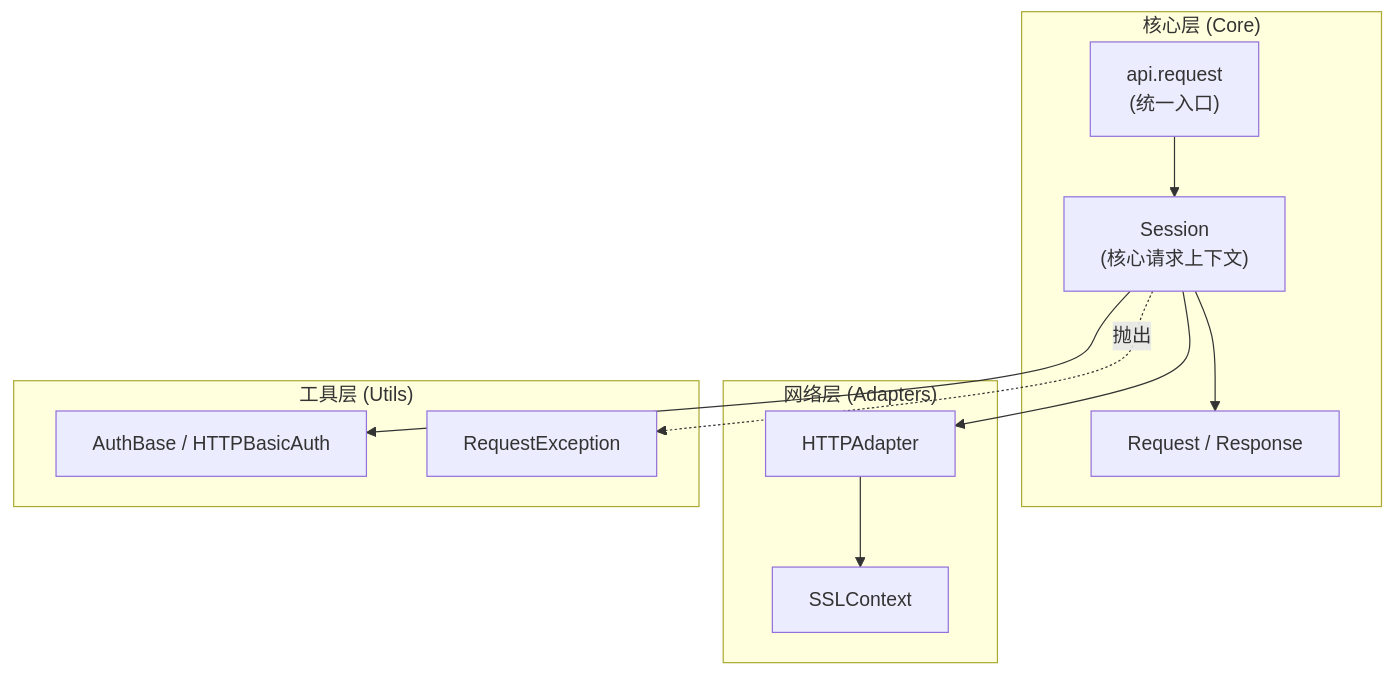
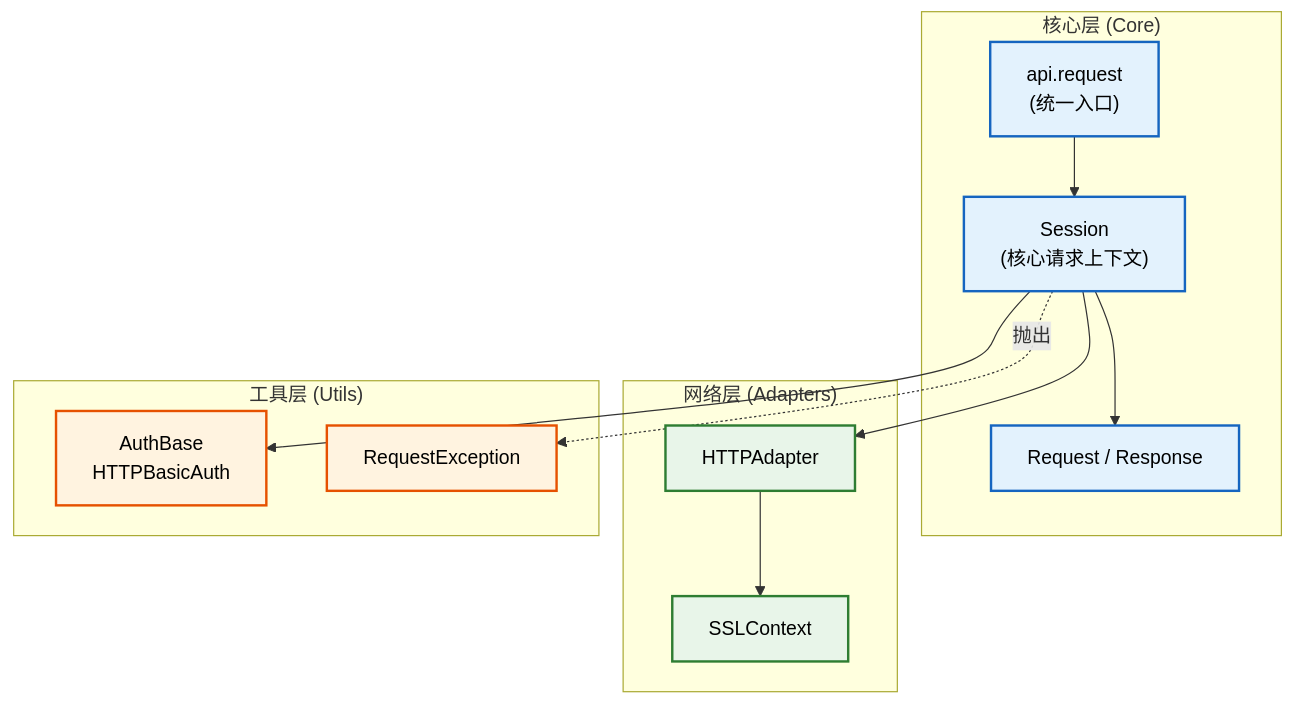
One commit to aliangmo2026/moray-scribe changed the diagram in README.md. Above: the diagram before and after it, drawn with Mermaid.

Commit message:
docs: style README architecture diagram with layer colors

````diff
--- a/README.md
+++ b/README.md
@@ -79,23 +79,31 @@
 ```mermaid
 flowchart TD
     subgraph Core["核心层 (Core)"]
-        Session["Session\n(核心请求上下文)"]
-        API["api.request\n(统一入口)"]
+        Session["Session<br/>(核心请求上下文)"]
+        API["api.request<br/>(统一入口)"]
         Models["Request / Response"]
     end
     subgraph Network["网络层 (Adapters)"]
         HTTPAdapter["HTTPAdapter"]
         SSL["SSLContext"]
     end
     subgraph Utils["工具层 (Utils)"]
-        Auth["AuthBase / HTTPBasicAuth"]
+        Auth["AuthBase<br/>HTTPBasicAuth"]
         Exceptions["RequestException"]
     end
 
     API --> Session
     Session --> HTTPAdapter
     Session --> Models
     HTTPAdapter --> SSL
     Session --> Auth
     Session -.->|抛出| Exceptions
+
+    classDef core fill:#e3f2fd,stroke:#1565c0,stroke-width:2px,color:#000
+    classDef net fill:#e8f5e9,stroke:#2e7d32,stroke-width:2px,color:#000
+    classDef util fill:#fff3e0,stroke:#e65100,stroke-width:2px,color:#000
+
+    class Session,API,Models core
+    class HTTPAdapter,SSL net
+    class Auth,Exceptions util
 ```
````
